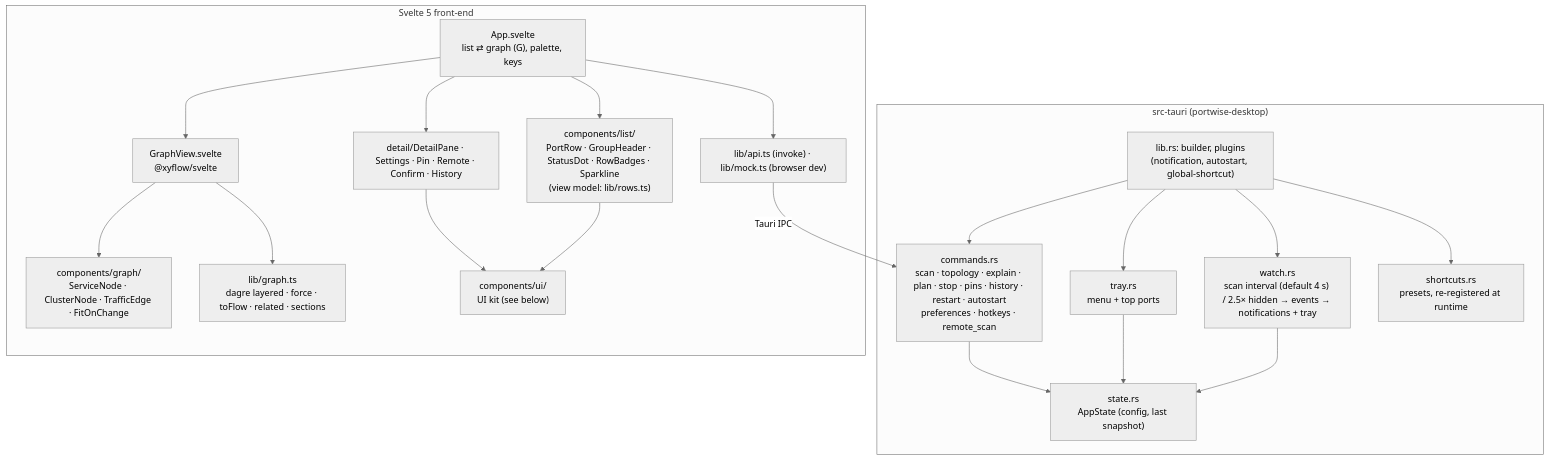
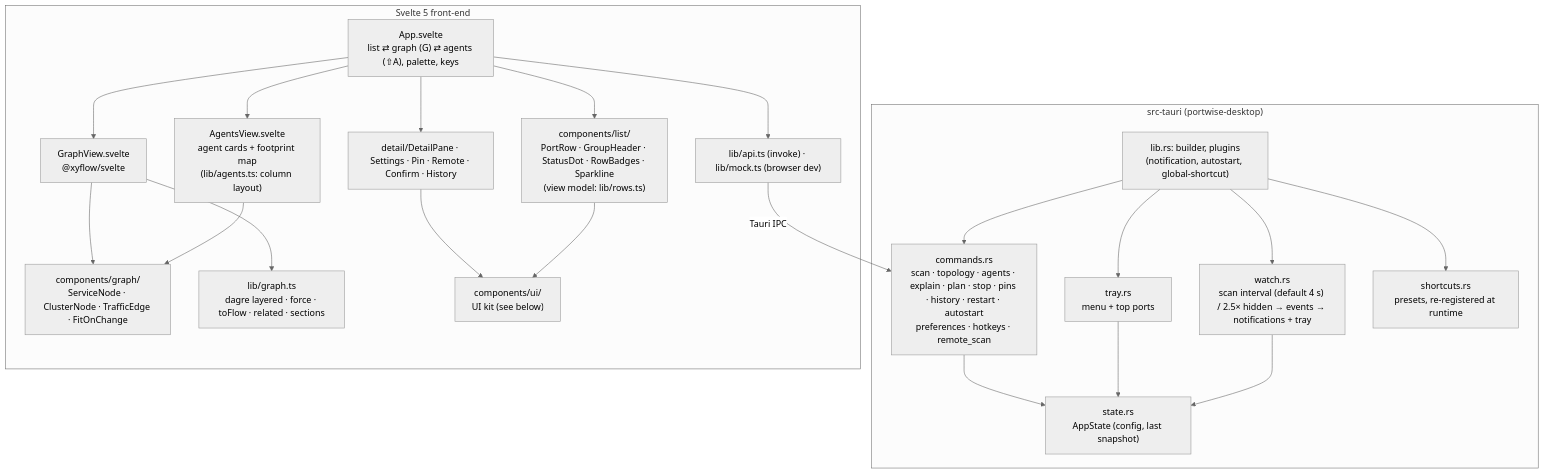
One commit to santoshshinde2012/holdmap changed the sixth of 6 diagrams in docs/architecture.md. Above: the diagram before and after it, drawn with Mermaid (neutral theme). The commit also changed other lines of this file and 37 other files, not shown here.

First line of the commit message:
feat: agents view — AI coding agents with their folders, access, ports and connections

````diff
--- a/docs/architecture.md
+++ b/docs/architecture.md
@@ -193,29 +213,31 @@
 ```mermaid
 flowchart TB
   subgraph Rust["src-tauri (portwise-desktop)"]
     LIB["lib.rs: builder, plugins<br/>(notification, autostart, global-shortcut)"]
-    CMD["commands.rs<br/>scan · topology · explain · plan · stop · pins · history · restart · autostart<br/>preferences · hotkeys · remote_scan"]
+    CMD["commands.rs<br/>scan · topology · agents · explain · plan · stop · pins · history · restart · autostart<br/>preferences · hotkeys · remote_scan"]
     ST["state.rs<br/>AppState (config, last snapshot)"]
     TR["tray.rs<br/>menu + top ports"]
     W["watch.rs<br/>scan interval (default 4 s) / 2.5× hidden → events → notifications + tray"]
     SC["shortcuts.rs<br/>presets, re-registered at runtime"]
     LIB --> CMD & TR & W & SC
     CMD & TR & W --> ST
   end
   subgraph UI["Svelte 5 front-end"]
-    APP["App.svelte<br/>list ⇄ graph (G), palette, keys"]
+    APP["App.svelte<br/>list ⇄ graph (G) ⇄ agents (⇧A), palette, keys"]
     GV["GraphView.svelte<br/>@xyflow/svelte"]
+    AV["AgentsView.svelte<br/>agent cards + footprint map<br/>(lib/agents.ts: column layout)"]
     NODES["components/graph/<br/>ServiceNode · ClusterNode · TrafficEdge · FitOnChange"]
     LG["lib/graph.ts<br/>dagre layered · force · toFlow · related · sections"]
     OTHER["detail/DetailPane · Settings · Pin · Remote · Confirm · History"]
     LIST["components/list/<br/>PortRow · GroupHeader · StatusDot · RowBadges · Sparkline<br/>(view model: lib/rows.ts)"]
     KIT["components/ui/<br/>UI kit (see below)"]
     API["lib/api.ts (invoke) · lib/mock.ts (browser dev)"]
     APP --> GV --> NODES
+    APP --> AV --> NODES
     GV --> LG
     APP --> OTHER --> KIT
     APP --> LIST --> KIT
     APP --> API
   end
   API -- "Tauri IPC" --> CMD
 ```
````
